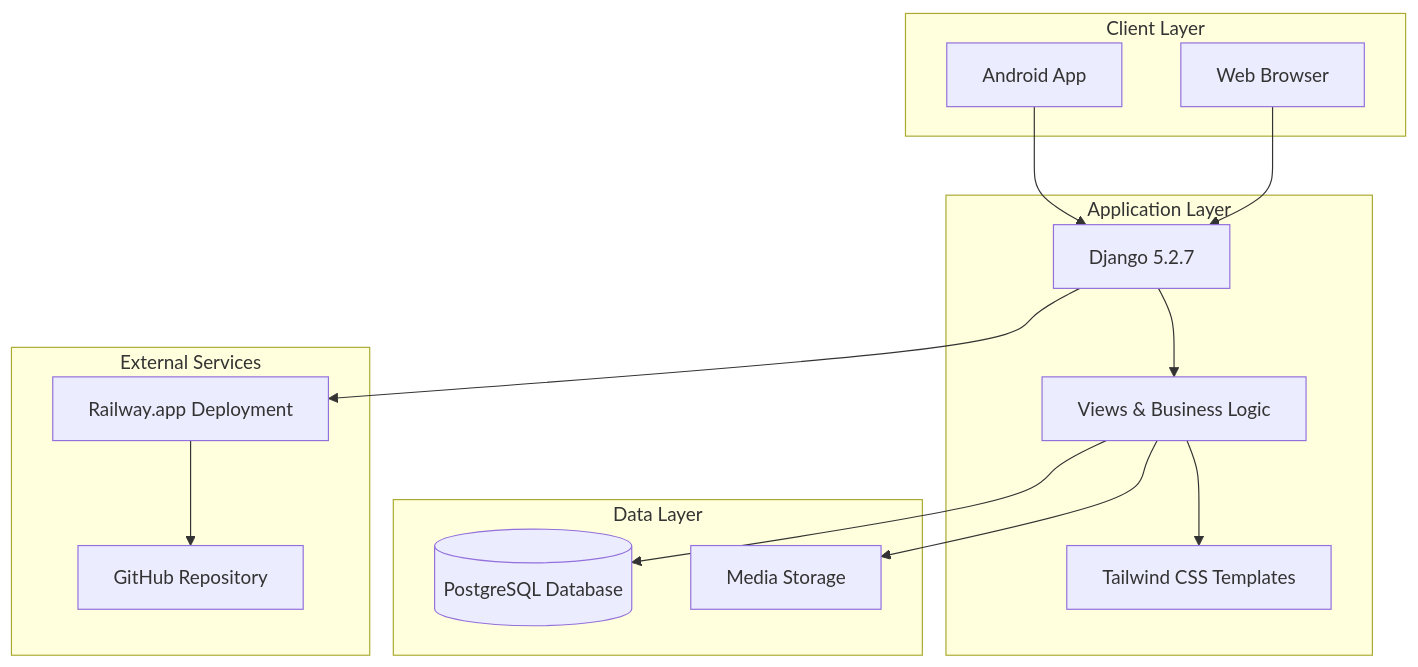
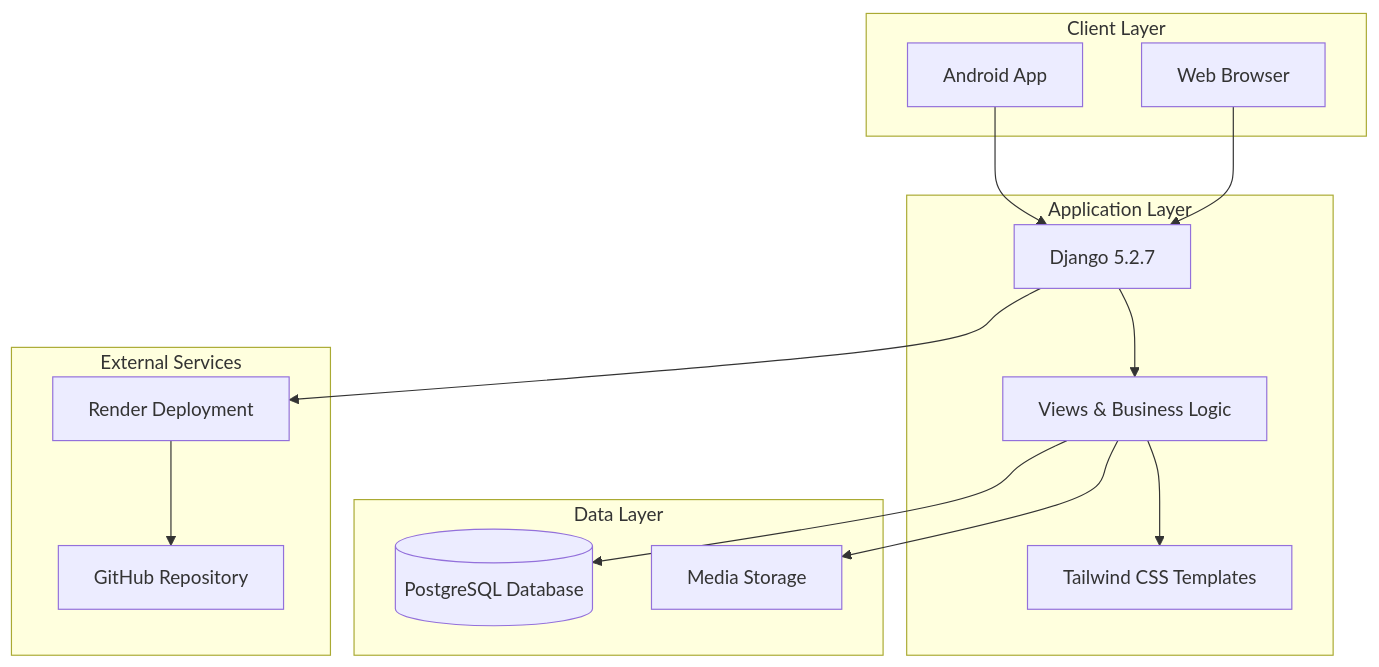
Before and after one commit to balilihanwaterworks/waterworksbalilihan: the first of 14 diagrams in PROJECT_DOCUMENTATION.md, drawn with Mermaid. The commit also changed other lines of this file and 19 other files, not shown here.

Commit message:
Docs: Update deployment references from Railway to Render

````diff
--- a/PROJECT_DOCUMENTATION.md
+++ b/PROJECT_DOCUMENTATION.md
@@ -31,32 +31,32 @@
 ```mermaid
 graph TB
     subgraph "Client Layer"
         WEB[Web Browser]
         MOBILE[Android App]
     end
 
     subgraph "Application Layer"
         DJANGO[Django 5.2.7]
         VIEWS[Views & Business Logic]
         TEMPLATES[Tailwind CSS Templates]
     end
 
     subgraph "Data Layer"
         POSTGRES[(PostgreSQL Database)]
         MEDIA[Media Storage]
     end
 
     subgraph "External Services"
-        RAILWAY[Railway.app Deployment]
+        RENDER[Render Deployment]
         GITHUB[GitHub Repository]
     end
 
     WEB --> DJANGO
     MOBILE --> DJANGO
     DJANGO --> VIEWS
     VIEWS --> TEMPLATES
     VIEWS --> POSTGRES
     VIEWS --> MEDIA
-    DJANGO --> RAILWAY
-    RAILWAY --> GITHUB
+    DJANGO --> RENDER
+    RENDER --> GITHUB
 ```
````
